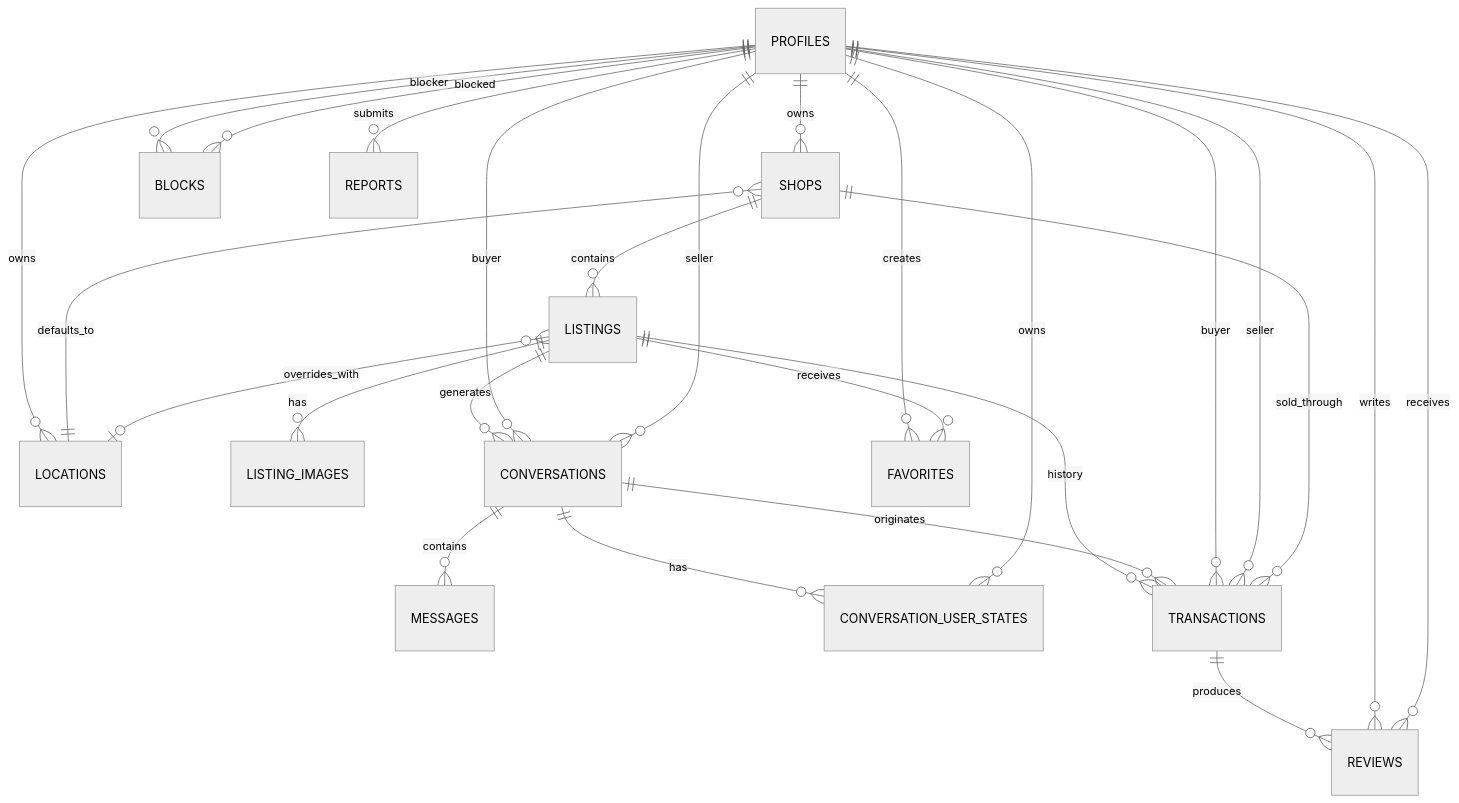
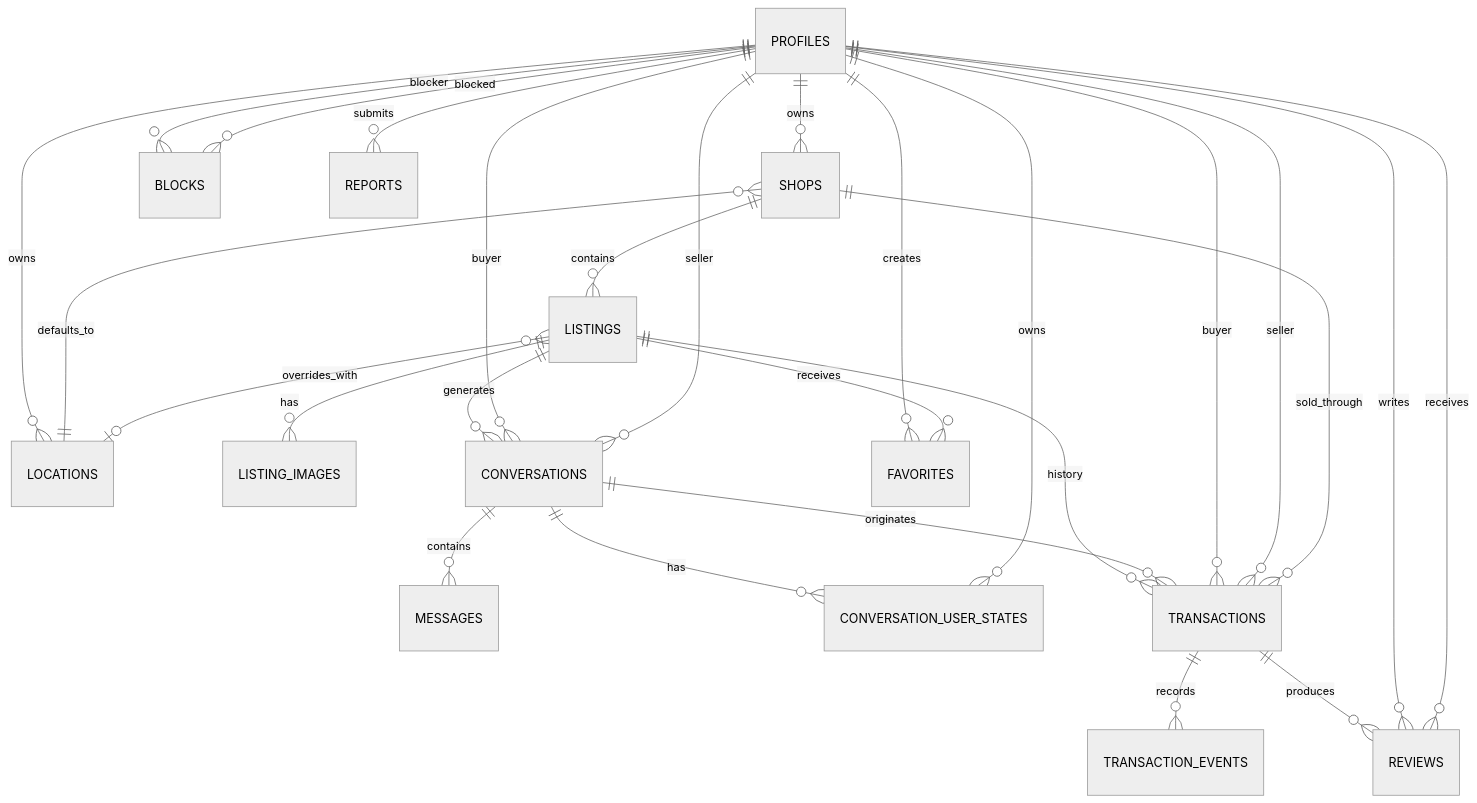
One commit to kevintyu/Bazaar changed the diagram in docs/ER_MODEL.md. Above: the diagram before and after it, drawn with Mermaid (neutral theme). The commit also changed other lines of this file and 23 other files, not shown here.

````diff
--- a/docs/ER_MODEL.md
+++ b/docs/ER_MODEL.md
@@ -21,39 +22,40 @@
 ```mermaid
 erDiagram
 
     PROFILES ||--o{ SHOPS : owns
     PROFILES ||--o{ LOCATIONS : owns
 
     SHOPS }o--|| LOCATIONS : defaults_to
     SHOPS ||--o{ LISTINGS : contains
 
     LISTINGS }o--o| LOCATIONS : overrides_with
     LISTINGS ||--o{ LISTING_IMAGES : has
 
     LISTINGS ||--o{ CONVERSATIONS : generates
     PROFILES ||--o{ CONVERSATIONS : buyer
     PROFILES ||--o{ CONVERSATIONS : seller
 
     CONVERSATIONS ||--o{ MESSAGES : contains
 
     CONVERSATIONS ||--o{ CONVERSATION_USER_STATES : has
     PROFILES ||--o{ CONVERSATION_USER_STATES : owns
 
     LISTINGS ||--o{ TRANSACTIONS : history
     CONVERSATIONS ||--o{ TRANSACTIONS : originates
     PROFILES ||--o{ TRANSACTIONS : buyer
     PROFILES ||--o{ TRANSACTIONS : seller
     SHOPS ||--o{ TRANSACTIONS : sold_through
 
+    TRANSACTIONS ||--o{ TRANSACTION_EVENTS : records
     TRANSACTIONS ||--o{ REVIEWS : produces
     PROFILES ||--o{ REVIEWS : writes
     PROFILES ||--o{ REVIEWS : receives
 
     PROFILES ||--o{ FAVORITES : creates
     LISTINGS ||--o{ FAVORITES : receives
 
     PROFILES ||--o{ BLOCKS : blocker
     PROFILES ||--o{ BLOCKS : blocked
 
     PROFILES ||--o{ REPORTS : submits
 ```
````
